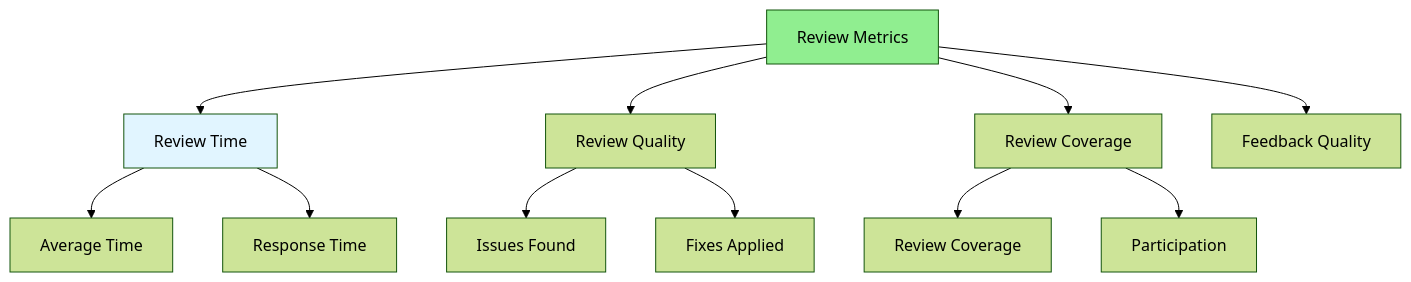
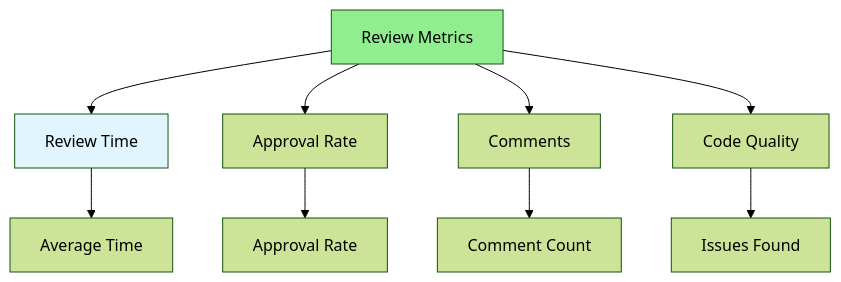
Before and after one commit to iouthnamain/tech-note: the diagram in Full-Stack-Guides/Group-08-Code-Review/08.15_Review_Metrics.md, drawn with Mermaid (forest theme). The commit also changed other lines of this file and 480 other files, not shown here.

````diff
--- a/Full-Stack-Guides/Group-08-Code-Review/08.15_Review_Metrics.md
+++ b/Full-Stack-Guides/Group-08-Code-Review/08.15_Review_Metrics.md
@@ -22,19 +22,15 @@
 ```mermaid
 graph TD
     Metrics[Review Metrics] --> Time[Review Time]
-    Metrics --> Quality[Review Quality]
-    Metrics --> Coverage[Review Coverage]
-    Metrics --> Feedback[Feedback Quality]
+    Metrics --> Approval[Approval Rate]
+    Metrics --> Comments[Comments]
+    Metrics --> Quality[Code Quality]
     
     Time --> Average[Average Time]
-    Time --> Response[Response Time]
-    
+    Approval --> Rate[Approval Rate]
+    Comments --> Count[Comment Count]
     Quality --> Issues[Issues Found]
-    Quality --> Fixes[Fixes Applied]
-    
-    Coverage --> Reviews[Review Coverage]
-    Coverage --> Participation[Participation]
     
     style Metrics fill:#90EE90
     style Time fill:#e1f5ff
 ```
````
